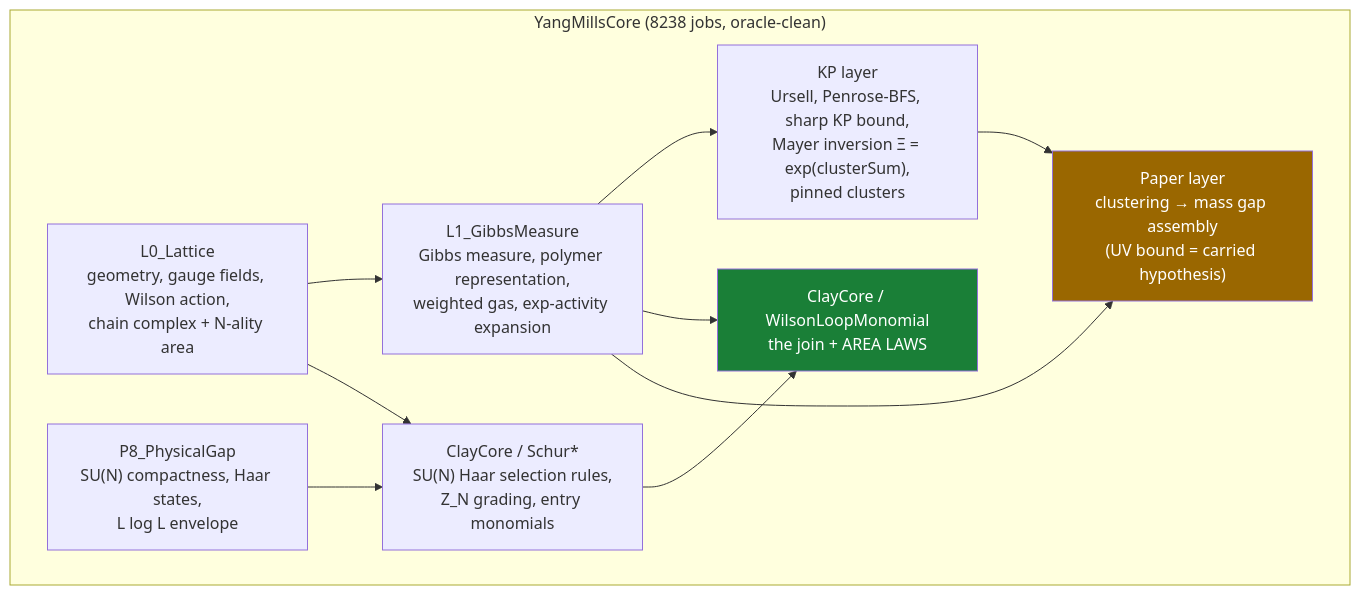
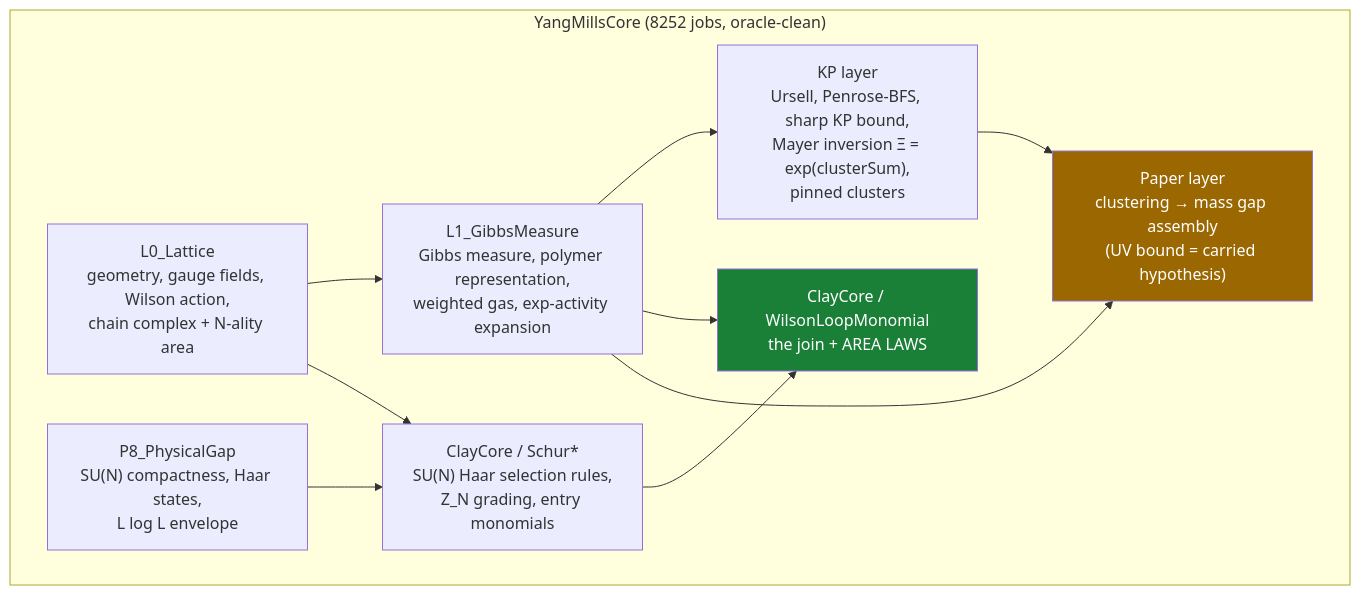
The diagram in README.md (lluiseriksson/THE-ERIKSSON-PROGRAMME), drawn with Mermaid before and after one commit. The commit also changed other lines of this file and 1 other file, not shown here.

````diff
--- a/README.md
+++ b/README.md
@@ -184,20 +204,20 @@
 ```mermaid
 graph TD
-    subgraph core["YangMillsCore  (8238 jobs, oracle-clean)"]
+    subgraph core["YangMillsCore  (8252 jobs, oracle-clean)"]
         L0["L0_Lattice<br/>geometry, gauge fields, Wilson action,<br/>chain complex + N-ality area"]
         L1["L1_GibbsMeasure<br/>Gibbs measure, polymer representation,<br/>weighted gas, exp-activity expansion"]
         KP["KP layer<br/>Ursell, Penrose-BFS, sharp KP bound,<br/>Mayer inversion Ξ = exp(clusterSum),<br/>pinned clusters"]
         SCHUR["ClayCore / Schur*<br/>SU(N) Haar selection rules,<br/>Z_N grading, entry monomials"]
         WLM["ClayCore / WilsonLoopMonomial<br/>the join + AREA LAWS"]
         PAPER["Paper layer<br/>clustering → mass gap assembly<br/>(UV bound = carried hypothesis)"]
         P8["P8_PhysicalGap<br/>SU(N) compactness, Haar states,<br/>L log L envelope"]
     end
     L0 --> L1 --> KP
     L0 --> SCHUR --> WLM
     L1 --> WLM
     L1 --> PAPER
     KP --> PAPER
     P8 --> SCHUR
     style WLM fill:#1a7f37,color:#fff
     style PAPER fill:#9a6700,color:#fff
 ```
````
